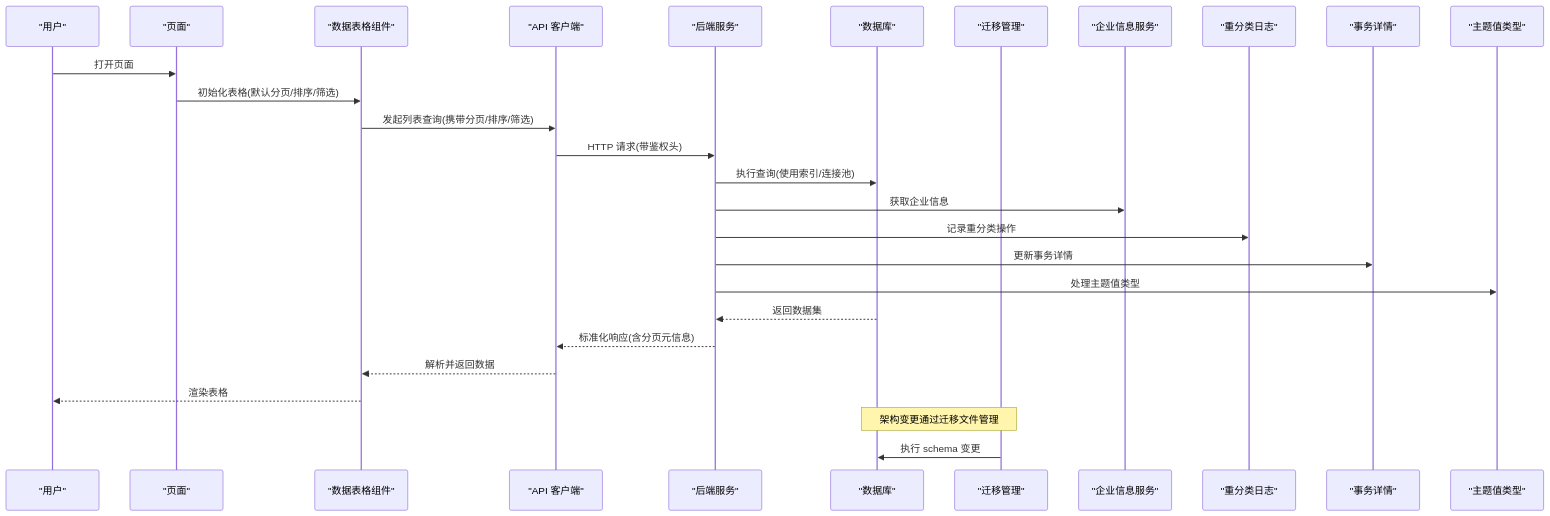
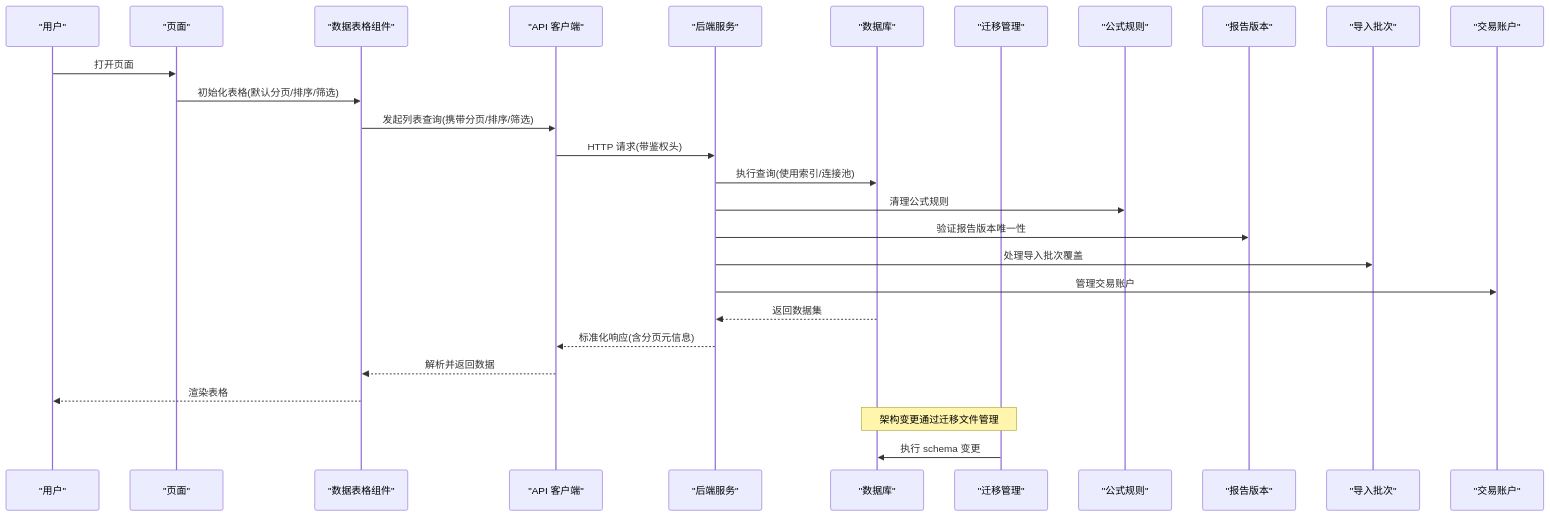
The second of 6 diagrams in .qoder/repowiki/zh/content/架构设计/数据库架构设计.md (Damao997/newproject), drawn with Mermaid before and after one commit. The commit also changed other lines of this file and 30 other files, not shown here.

````diff
--- a/.qoder/repowiki/zh/content/架构设计/数据库架构设计.md
+++ b/.qoder/repowiki/zh/content/架构设计/数据库架构设计.md
@@ -163,29 +147,29 @@
 ```mermaid
 sequenceDiagram
 participant U as "用户"
 participant P as "页面"
 participant T as "数据表格组件"
 participant A as "API 客户端"
 participant S as "后端服务"
 participant DB as "数据库"
 participant M as "迁移管理"
-participant E as "企业信息服务"
-participant R as "重分类日志"
-participant TD as "事务详情"
-participant SVT as "主题值类型"
+participant FR as "公式规则"
+participant RV as "报告版本"
+participant IB as "导入批次"
+participant TA as "交易账户"
 U->>P : 打开页面
 P->>T : 初始化表格(默认分页/排序/筛选)
 T->>A : 发起列表查询(携带分页/排序/筛选)
 A->>S : HTTP 请求(带鉴权头)
 S->>DB : 执行查询(使用索引/连接池)
-S->>E : 获取企业信息
-S->>R : 记录重分类操作
-S->>TD : 更新事务详情
-S->>SVT : 处理主题值类型
+S->>FR : 清理公式规则
+S->>RV : 验证报告版本唯一性
+S->>IB : 处理导入批次覆盖
+S->>TA : 管理交易账户
 DB-->>S : 返回数据集
 S-->>A : 标准化响应(含分页元信息)
 A-->>T : 解析并返回数据
 T-->>U : 渲染表格
 Note over M,DB : 架构变更通过迁移文件管理
 M->>DB : 执行 schema 变更
 ```
````
